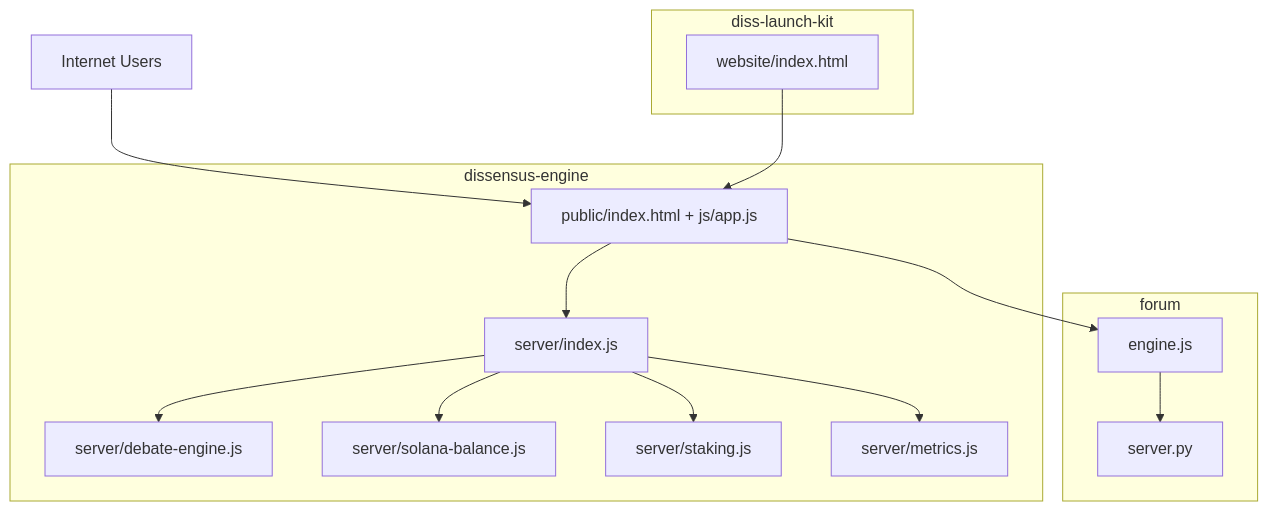
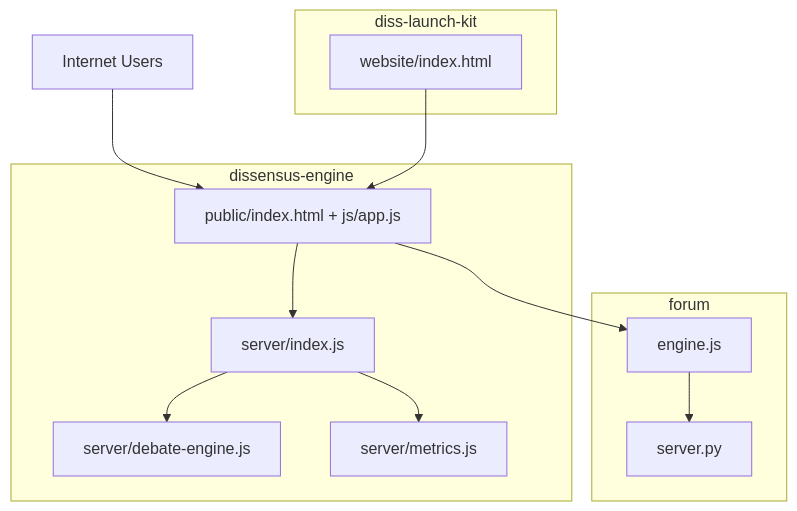
Before and after one commit to RunTimeAdmin/tri-ai: the first of 10 diagrams in .qoder/repowiki/en/content/System Architecture/System Architecture.md, drawn with Mermaid. The commit also changed other lines of this file and 46 other files, not shown here.

````diff
--- a/.qoder/repowiki/en/content/System Architecture/System Architecture.md
+++ b/.qoder/repowiki/en/content/System Architecture/System Architecture.md
@@ -49,27 +54,23 @@
 ```mermaid
 graph TB
 subgraph "dissensus-engine"
 A_index["server/index.js"]
 A_debate["server/debate-engine.js"]
-A_solana["server/solana-balance.js"]
-A_staking["server/staking.js"]
 A_metrics["server/metrics.js"]
 A_ui["public/index.html + js/app.js"]
 end
 subgraph "forum"
 F_server["server.py"]
 F_engine["engine.js"]
 end
 subgraph "diss-launch-kit"
 L_index["website/index.html"]
 end
 Internet["Internet Users"] --> A_ui
 A_ui --> A_index
 A_index --> A_debate
-A_index --> A_solana
-A_index --> A_staking
 A_index --> A_metrics
 A_ui --> F_engine
 F_engine --> F_server
 L_index --> A_ui
 ```
````
